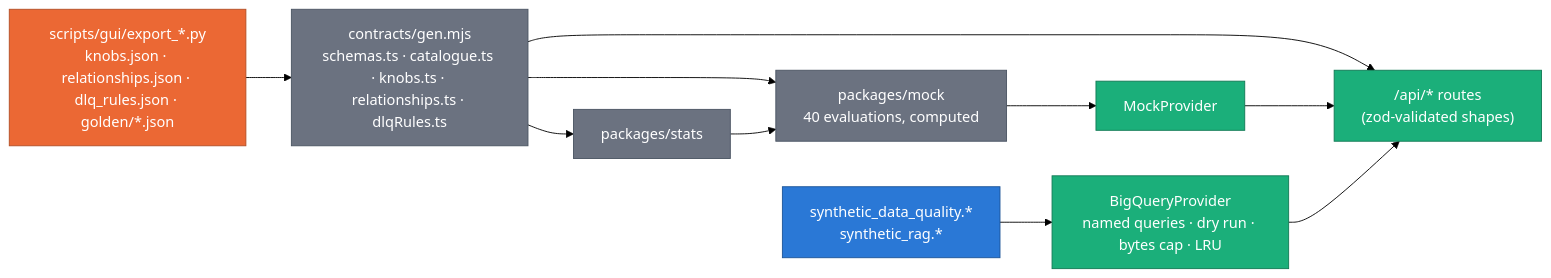
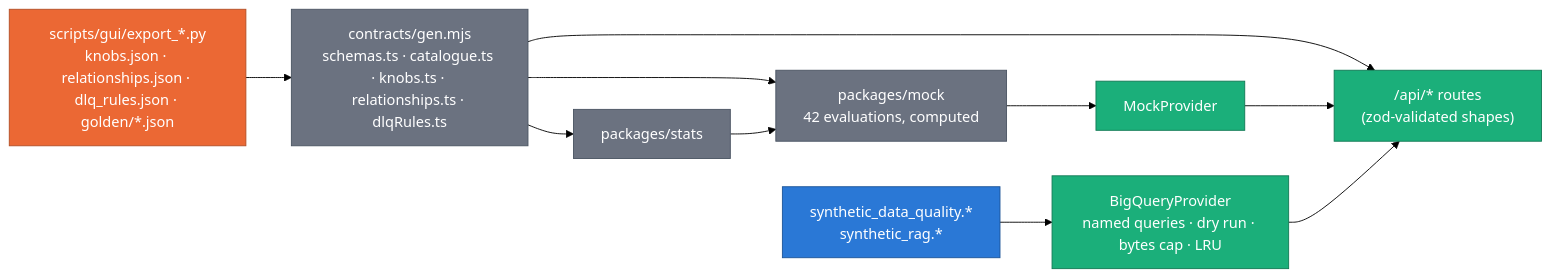
One commit to albertols/synthetic-llm-dataflow-bigquery changed the fourth of 7 diagrams in gui/docs/ARCHITECTURE.md. Above: the diagram before and after it, drawn with Mermaid (forest theme). The commit also changed other lines of this file and 8 other files, not shown here.

````diff
--- a/gui/docs/ARCHITECTURE.md
+++ b/gui/docs/ARCHITECTURE.md
@@ -417,20 +419,20 @@
 ```mermaid
 flowchart LR
   classDef py   fill:#eb6834,color:#fff,stroke:#b44f26
   classDef pkg  fill:#6b7280,color:#fff,stroke:#4b5563
   classDef bff  fill:#1baf7a,color:#fff,stroke:#127a55
   classDef bq   fill:#2a78d6,color:#fff,stroke:#1d5599
 
   EXP["scripts/gui/export_*.py<br/>knobs.json · relationships.json · dlq_rules.json · golden/*.json"]:::py
   GEN["contracts/gen.mjs<br/>schemas.ts · catalogue.ts · knobs.ts · relationships.ts · dlqRules.ts"]:::pkg
   STATS["packages/stats"]:::pkg
-  MOCK["packages/mock<br/>40 evaluations, computed"]:::pkg
+  MOCK["packages/mock<br/>42 evaluations, computed"]:::pkg
   MP["MockProvider"]:::bff
   BP["BigQueryProvider<br/>named queries · dry run · bytes cap · LRU"]:::bff
   BQ["synthetic_data_quality.*<br/>synthetic_rag.*"]:::bq
   ROUTES["/api/* routes<br/>(zod-validated shapes)"]:::bff
 
   EXP --> GEN --> STATS & MOCK & ROUTES
   STATS --> MOCK --> MP --> ROUTES
   BQ --> BP --> ROUTES
 ```
````
